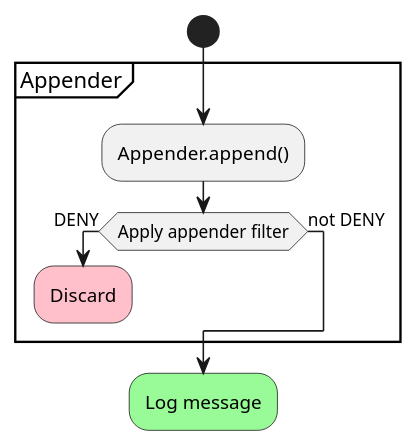
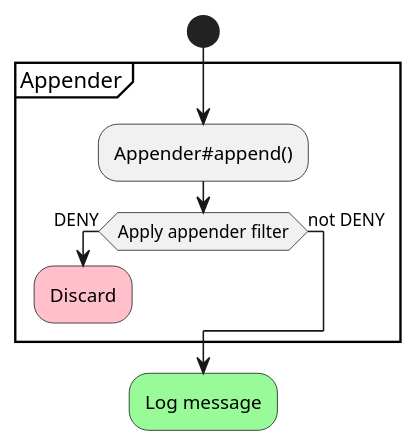
The fourth of 4 diagrams in src/site/antora/modules/ROOT/pages/manual/filters.adoc (apache/logging-log4j2), drawn with PlantUML before and after one commit. The commit also changed other lines of this file, not shown here.

```diff
--- a/src/site/antora/modules/ROOT/pages/manual/filters.adoc
+++ b/src/site/antora/modules/ROOT/pages/manual/filters.adoc
@@ -189,19 +189,19 @@
 [plantuml]
 ....
 @startuml
 start
 group Appender
 
-:Appender.append();
+:Appender#append();
 
 if (Apply appender filter) then (DENY)
     #pink:Discard;
     detach
 else (not DENY)
     ' The label improves spacing
     label a1
 endif
 end group
 #palegreen:Log message;
 @enduml
 ....
```
